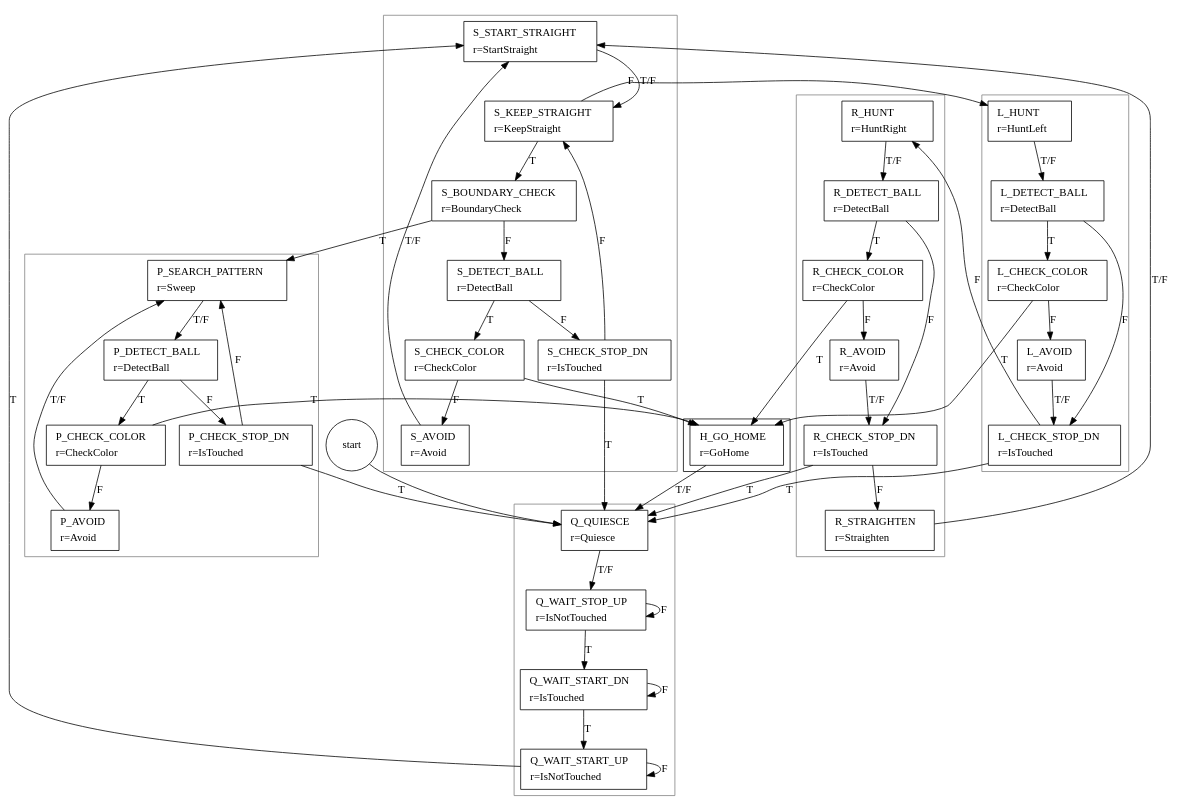
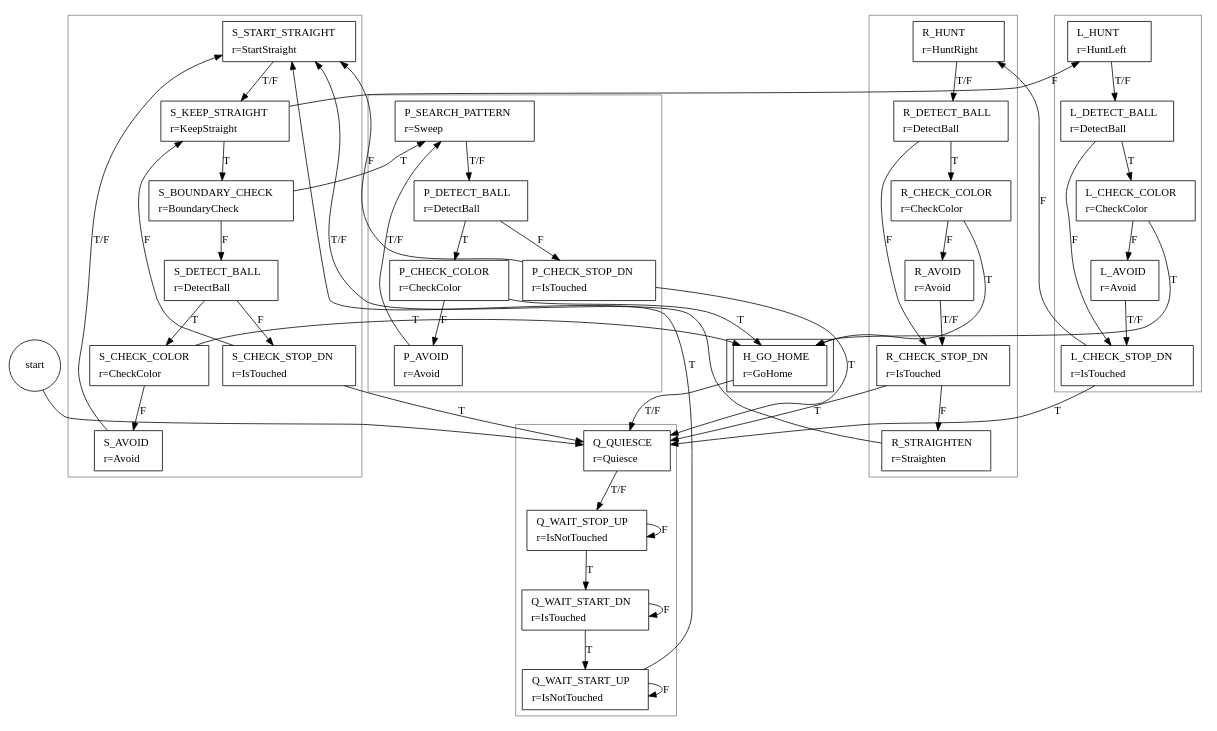
The diagram in FSM.dot (greck/0xDEADBEEF), drawn with Graphviz before and after one commit. The commit also changed 2 other files, not shown here.

Commit message:
P_CHECK_STOP_DN next-on-false changed to S_START_STRAIGHT to correct infinite loop in sweeping sequence.

```diff
--- a/FSM.dot
+++ b/FSM.dot
@@ -1,126 +1,126 @@
 digraph FSM {
 
 "START" [ shape=circle label="start" ];
 
 	subgraph cluster_0 {
 
 		color = gray;
 
 		Q_QUIESCE        [ shape=box label=<<table border="0"><tr><td align="left">Q_QUIESCE</td></tr><tr><td align="left">r=Quiesce</td></tr></table>> ];
 		Q_WAIT_STOP_UP   [ shape=box label=<<table border="0"><tr><td align="left">Q_WAIT_STOP_UP</td></tr><tr><td align="left">r=IsNotTouched</td></tr></table>> ];
 		Q_WAIT_START_DN  [ shape=box label=<<table border="0"><tr><td align="left">Q_WAIT_START_DN</td></tr><tr><td align="left">r=IsTouched</td></tr></table>> ];
 		Q_WAIT_START_UP  [ shape=box label=<<table border="0"><tr><td align="left">Q_WAIT_START_UP</td></tr><tr><td align="left">r=IsNotTouched</td></tr></table>> ];
 
 	}
 
 
 	subgraph cluster_1 {
 	
 		color = gray;
 
 		S_START_STRAIGHT [ shape=box label=<<table border="0"><tr><td align="left">S_START_STRAIGHT</td></tr><tr><td align="left">r=StartStraight</td></tr></table>> ];
 		S_KEEP_STRAIGHT  [ shape=box label=<<table border="0"><tr><td align="left">S_KEEP_STRAIGHT</td></tr><tr><td align="left">r=KeepStraight</td></tr></table>> ];
 		S_BOUNDARY_CHECK [ shape=box label=<<table border="0"><tr><td align="left">S_BOUNDARY_CHECK</td></tr><tr><td align="left">r=BoundaryCheck</td></tr></table>> ];
 		S_DETECT_BALL    [ shape=box label=<<table border="0"><tr><td align="left">S_DETECT_BALL</td></tr><tr><td align="left">r=DetectBall</td></tr></table>> ];
 		S_CHECK_COLOR    [ shape=box label=<<table border="0"><tr><td align="left">S_CHECK_COLOR</td></tr><tr><td align="left">r=CheckColor</td></tr></table>> ];
 		S_AVOID          [ shape=box label=<<table border="0"><tr><td align="left">S_AVOID</td></tr><tr><td align="left">r=Avoid</td></tr></table>> ];
 		S_CHECK_STOP_DN  [ shape=box label=<<table border="0"><tr><td align="left">S_CHECK_STOP_DN</td></tr><tr><td align="left">r=IsTouched</td></tr></table>> ];
 
 	}		
 
 	subgraph cluster_2 {
 	
 		color = gray;
 
 		L_HUNT           [ shape=box label=<<table border="0"><tr><td align="left">L_HUNT</td></tr><tr><td align="left">r=HuntLeft</td></tr></table>> ];
 		L_DETECT_BALL    [ shape=box label=<<table border="0"><tr><td align="left">L_DETECT_BALL</td></tr><tr><td align="left">r=DetectBall</td></tr></table>> ];
 		L_CHECK_COLOR    [ shape=box label=<<table border="0"><tr><td align="left">L_CHECK_COLOR</td></tr><tr><td align="left">r=CheckColor</td></tr></table>> ];
 		L_AVOID          [ shape=box label=<<table border="0"><tr><td align="left">L_AVOID</td></tr><tr><td align="left">r=Avoid</td></tr></table>> ];
 		L_CHECK_STOP_DN  [ shape=box label=<<table border="0"><tr><td align="left">L_CHECK_STOP_DN</td></tr><tr><td align="left">r=IsTouched</td></tr></table>> ];
 
 	}		
 
 	subgraph cluster_3 {
 	
 		color = gray;
 
 		R_HUNT           [ shape=box label=<<table border="0"><tr><td align="left">R_HUNT</td></tr><tr><td align="left">r=HuntRight</td></tr></table>> ];
 		R_DETECT_BALL    [ shape=box label=<<table border="0"><tr><td align="left">R_DETECT_BALL</td></tr><tr><td align="left">r=DetectBall</td></tr></table>> ];
 		R_CHECK_COLOR    [ shape=box label=<<table border="0"><tr><td align="left">R_CHECK_COLOR</td></tr><tr><td align="left">r=CheckColor</td></tr></table>> ];
 		R_AVOID          [ shape=box label=<<table border="0"><tr><td align="left">R_AVOID</td></tr><tr><td align="left">r=Avoid</td></tr></table>> ];
 		R_CHECK_STOP_DN  [ shape=box label=<<table border="0"><tr><td align="left">R_CHECK_STOP_DN</td></tr><tr><td align="left">r=IsTouched</td></tr></table>> ];
 		R_STRAIGHTEN     [ shape=box label=<<table border="0"><tr><td align="left">R_STRAIGHTEN</td></tr><tr><td align="left">r=Straighten</td></tr></table>> ];
 
 	}		
 
 	subgraph cluster_4 {
 	
 		color = gray;
 
 		P_SEARCH_PATTERN [ shape=box label=<<table border="0"><tr><td align="left">P_SEARCH_PATTERN</td></tr><tr><td align="left">r=Sweep</td></tr></table>> ];
 		P_DETECT_BALL    [ shape=box label=<<table border="0"><tr><td align="left">P_DETECT_BALL</td></tr><tr><td align="left">r=DetectBall</td></tr></table>> ];
 		P_CHECK_COLOR    [ shape=box label=<<table border="0"><tr><td align="left">P_CHECK_COLOR</td></tr><tr><td align="left">r=CheckColor</td></tr></table>> ];
 		P_AVOID          [ shape=box label=<<table border="0"><tr><td align="left">P_AVOID</td></tr><tr><td align="left">r=Avoid</td></tr></table>> ];
 		P_CHECK_STOP_DN  [ shape=box label=<<table border="0"><tr><td align="left">P_CHECK_STOP_DN</td></tr><tr><td align="left">r=IsTouched</td></tr></table>> ];
 
 	}
 	
 	subgraph cluster_5 {
 	
 		H_GO_HOME        [ shape=box label=<<table border="0"><tr><td align="left">H_GO_HOME</td></tr><tr><td align="left">r=GoHome</td></tr></table>> ];
 	
 	}
 
 	START            -> Q_QUIESCE;
 	Q_QUIESCE        -> Q_WAIT_STOP_UP   [ label = "T/F" ];
 	Q_WAIT_STOP_UP   -> Q_WAIT_START_DN  [ label = "T" ];
 	Q_WAIT_STOP_UP   -> Q_WAIT_STOP_UP   [ label = "F" ];
 	Q_WAIT_START_DN  -> Q_WAIT_START_UP  [ label = "T" ];
 	Q_WAIT_START_DN  -> Q_WAIT_START_DN  [ label = "F" ];
 	Q_WAIT_START_UP  -> S_START_STRAIGHT [ label = "T" ];
 	Q_WAIT_START_UP  -> Q_WAIT_START_UP  [ label = "F" ];
 
 	S_START_STRAIGHT -> S_KEEP_STRAIGHT  [ label = "T/F" ];
 	S_KEEP_STRAIGHT  -> S_BOUNDARY_CHECK [ label = "T" ];
 	S_KEEP_STRAIGHT  -> L_HUNT           [ label = "F" ];
 	S_BOUNDARY_CHECK -> P_SEARCH_PATTERN [ label = "T" ];
 	S_BOUNDARY_CHECK -> S_DETECT_BALL    [ label = "F" ];
 	S_DETECT_BALL    -> S_CHECK_COLOR    [ label = "T" ];
 	S_DETECT_BALL    -> S_CHECK_STOP_DN  [ label = "F" ];
 	S_CHECK_COLOR    -> H_GO_HOME        [ label = "T" ];
 	S_CHECK_COLOR    -> S_AVOID          [ label = "F" ];
 	S_AVOID          -> S_START_STRAIGHT [ label = "T/F" ];
 	S_CHECK_STOP_DN  -> Q_QUIESCE        [ label = "T" ];
 	S_CHECK_STOP_DN  -> S_KEEP_STRAIGHT  [ label = "F" ];
 
 	L_HUNT           -> L_DETECT_BALL    [ label = "T/F" ];
 	L_DETECT_BALL    -> L_CHECK_COLOR    [ label = "T" ];
 	L_DETECT_BALL    -> L_CHECK_STOP_DN  [ label = "F" ];
 	L_CHECK_COLOR    -> H_GO_HOME        [ label = "T" ];
 	L_CHECK_COLOR    -> L_AVOID          [ label = "F" ];
 	L_AVOID          -> L_CHECK_STOP_DN  [ label = "T/F" ];
 	L_CHECK_STOP_DN  -> Q_QUIESCE        [ label = "T" ];
 	L_CHECK_STOP_DN  -> R_HUNT           [ label = "F" ];
 
 	R_HUNT           -> R_DETECT_BALL    [ label = "T/F" ];
 	R_DETECT_BALL    -> R_CHECK_COLOR    [ label = "T" ];
 	R_DETECT_BALL    -> R_CHECK_STOP_DN  [ label = "F" ];
 	R_CHECK_COLOR    -> H_GO_HOME        [ label = "T" ];
 	R_CHECK_COLOR    -> R_AVOID          [ label = "F" ];
 	R_AVOID          -> R_CHECK_STOP_DN  [ label = "T/F" ];
 	R_CHECK_STOP_DN  -> Q_QUIESCE        [ label = "T" ];
 	R_CHECK_STOP_DN  -> R_STRAIGHTEN     [ label = "F" ];
 	R_STRAIGHTEN     -> S_START_STRAIGHT [ label = "T/F" ];
 
 	P_SEARCH_PATTERN -> P_DETECT_BALL    [ label = "T/F" ];
 	P_DETECT_BALL    -> P_CHECK_COLOR    [ label = "T" ];
 	P_DETECT_BALL    -> P_CHECK_STOP_DN  [ label = "F" ];
 	P_CHECK_COLOR    -> H_GO_HOME        [ label = "T" ];
 	P_CHECK_COLOR    -> P_AVOID          [ label = "F" ];
 	P_AVOID          -> P_SEARCH_PATTERN [ label = "T/F" ];
 	P_CHECK_STOP_DN  -> Q_QUIESCE        [ label = "T" ];
-	P_CHECK_STOP_DN  -> P_SEARCH_PATTERN [ label = "F" ];
+	P_CHECK_STOP_DN  -> S_START_STRAIGHT [ label = "F" ];
 	
 	H_GO_HOME        -> Q_QUIESCE        [ label = "T/F" ];
 	
 }
```
